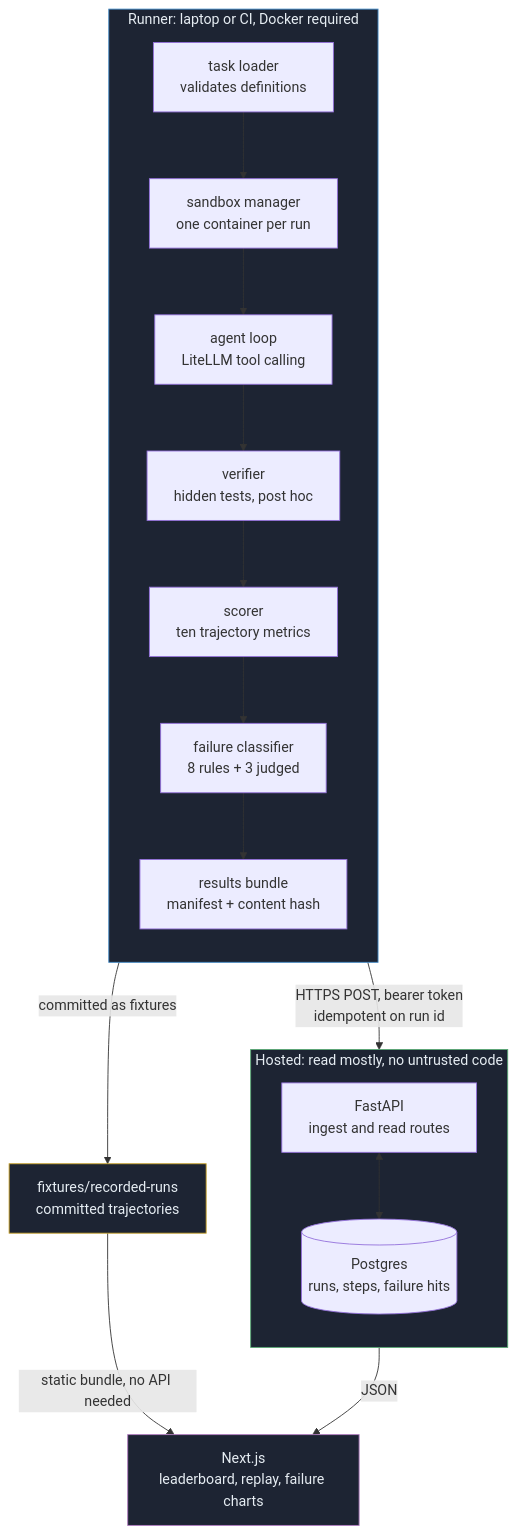
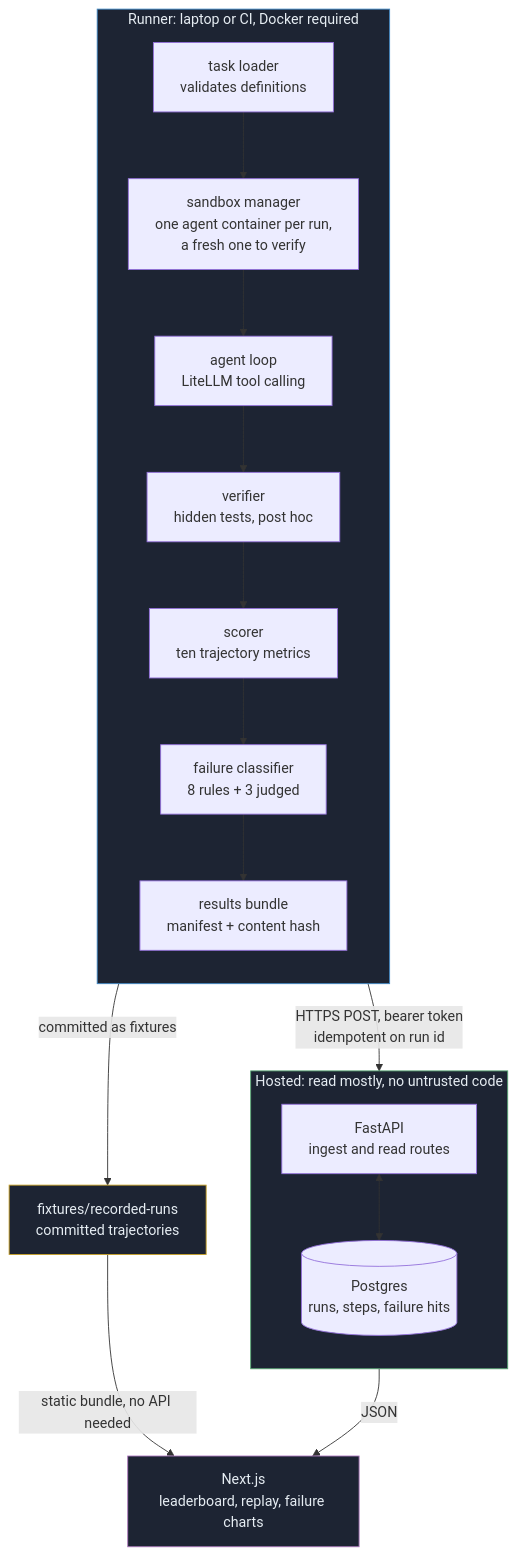
Before and after one commit to mekala27-45/trajectory: the diagram in ARCHITECTURE.md, drawn with Mermaid. The commit also changed other lines of this file and 40 other files, not shown here.

````diff
--- a/ARCHITECTURE.md
+++ b/ARCHITECTURE.md
@@ -71,34 +71,34 @@
 ```mermaid
 flowchart TB
     subgraph runner["Runner: laptop or CI, Docker required"]
         direction TB
         L["task loader<br/>validates definitions"]
-        S["sandbox manager<br/>one container per run"]
+        S["sandbox manager<br/>one agent container per run,<br/>a fresh one to verify"]
         A["agent loop<br/>LiteLLM tool calling"]
         V["verifier<br/>hidden tests, post hoc"]
         SC["scorer<br/>ten trajectory metrics"]
         FC["failure classifier<br/>8 rules + 3 judged"]
         B["results bundle<br/>manifest + content hash"]
         L --> S --> A --> V --> SC --> FC --> B
     end
 
     subgraph hosted["Hosted: read mostly, no untrusted code"]
         direction TB
         API["FastAPI<br/>ingest and read routes"]
         DB[("Postgres<br/>runs, steps, failure hits")]
         API <--> DB
     end
 
     WEB["Next.js<br/>leaderboard, replay, failure charts"]
     FIX["fixtures/recorded-runs<br/>committed trajectories"]
 
     B -- "HTTPS POST, bearer token<br/>idempotent on run id" --> API
     B -- "committed as fixtures" --> FIX
     API -- "JSON" --> WEB
     FIX -- "static bundle, no API needed" --> WEB
 
     style runner fill:#1d2433,stroke:#3f88c5,color:#e6edf3
     style hosted fill:#1d2433,stroke:#57a773,color:#e6edf3
     style WEB fill:#1d2433,stroke:#b07bc0,color:#e6edf3
     style FIX fill:#1d2433,stroke:#c9a227,color:#e6edf3
 ```
````
